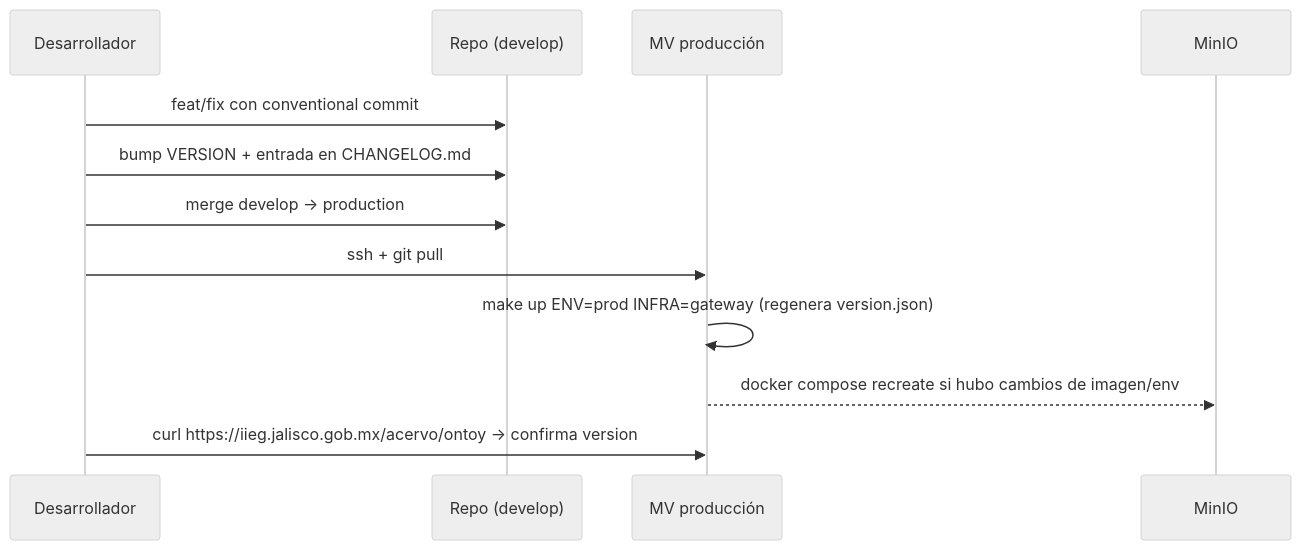
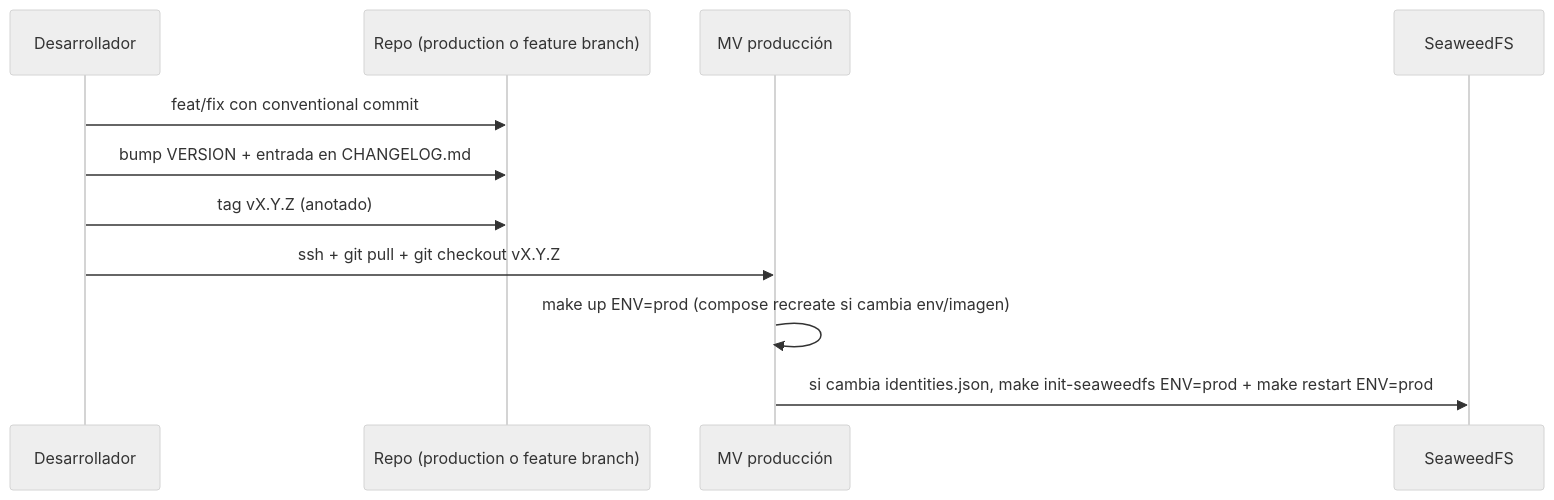
One commit to iieg-oficial/acervo changed the second of 2 diagrams in docs/context.md. Above: the diagram before and after it, drawn with Mermaid (neutral theme). The commit also changed other lines of this file and 22 other files, not shown here.

First line of the commit message:
feat: migrate from MinIO to SeaweedFS, retire standalone mode

````diff
--- a/docs/context.md
+++ b/docs/context.md
@@ -313,15 +230,14 @@
 ```mermaid
 sequenceDiagram
     participant Dev as Desarrollador
-    participant Repo as Repo (develop)
+    participant Repo as Repo (production o feature branch)
     participant Prod as MV producción
-    participant Minio as MinIO
+    participant Seaweed as SeaweedFS
 
     Dev->>Repo: feat/fix con conventional commit
     Dev->>Repo: bump VERSION + entrada en CHANGELOG.md
-    Dev->>Repo: merge develop -> production
-    Dev->>Prod: ssh + git pull
-    Prod->>Prod: make up ENV=prod INFRA=gateway (regenera version.json)
-    Prod-->>Minio: docker compose recreate si hubo cambios de imagen/env
-    Dev->>Prod: curl https://iieg.jalisco.gob.mx/acervo/ontoy → confirma version
+    Dev->>Repo: tag vX.Y.Z (anotado)
+    Dev->>Prod: ssh + git pull + git checkout vX.Y.Z
+    Prod->>Prod: make up ENV=prod (compose recreate si cambia env/imagen)
+    Prod->>Seaweed: si cambia identities.json, make init-seaweedfs ENV=prod + make restart ENV=prod
 ```
````
